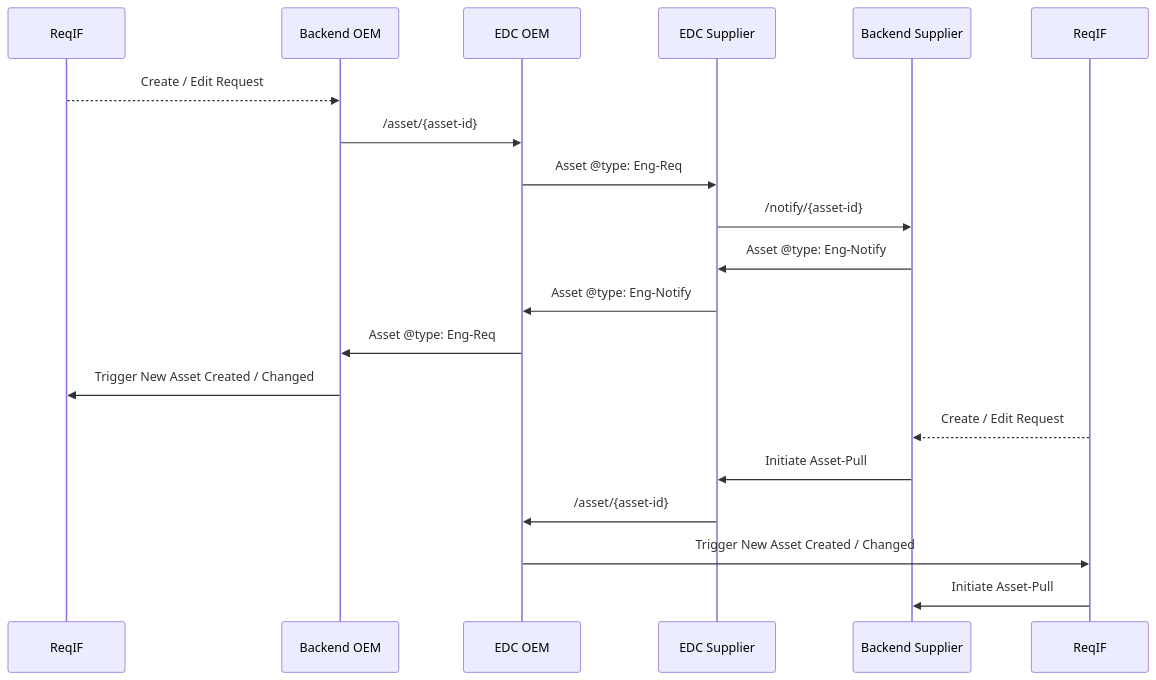
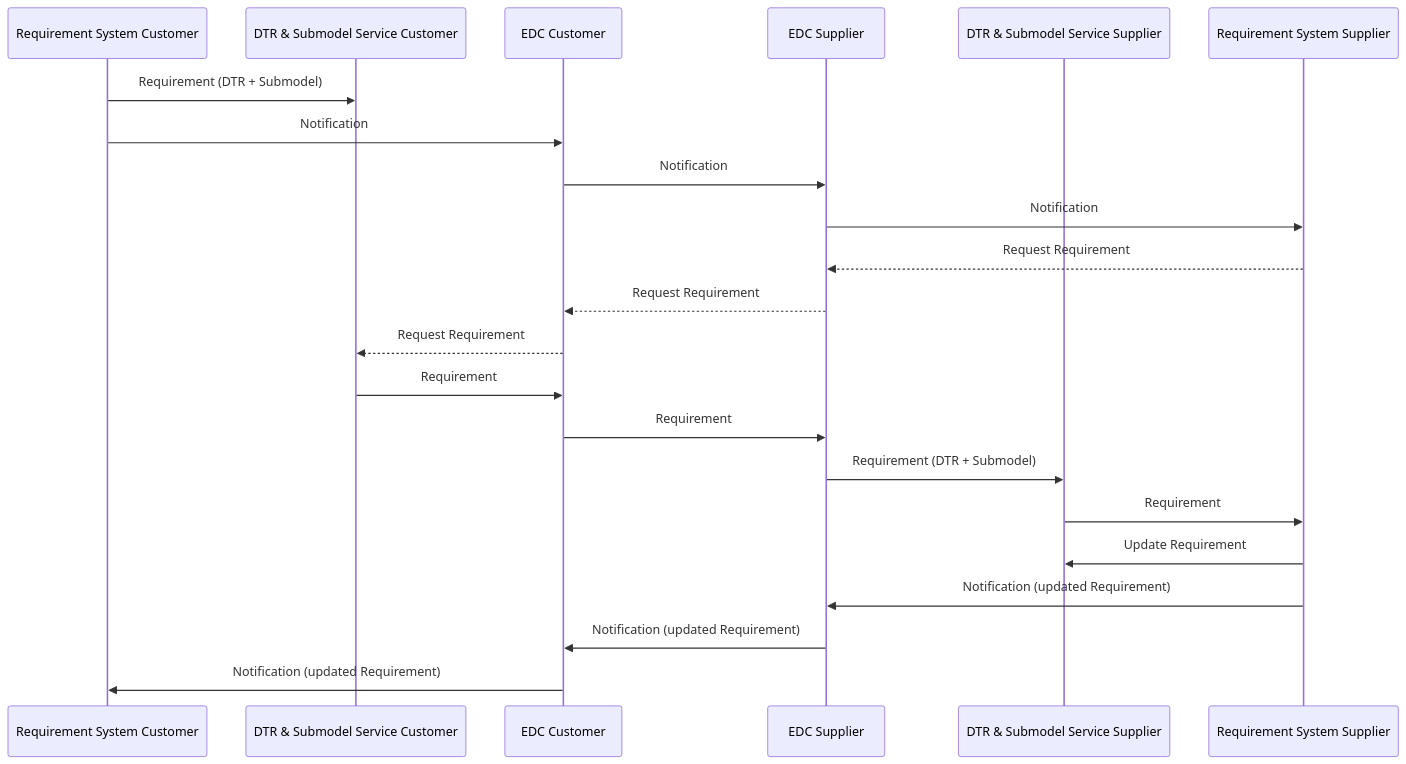
One commit to eclipse-tractusx/eclipse-tractusx.github.io changed the second of 2 diagrams in docs-kits/kits/requirements-kit/software-development-view.md. Above: the diagram before and after it, drawn with Mermaid. The commit also changed other lines of this file, not shown here.

Commit message:
Enhance software development view documentation with detailed architecture, component interactions, and requirement exchange sequence

````diff
--- a/docs-kits/kits/requirements-kit/software-development-view.md
+++ b/docs-kits/kits/requirements-kit/software-development-view.md
@@ -12,26 +82,35 @@
 ```mermaid
 
 sequenceDiagram
-    participant ReqIF1 as ReqIF
-    participant BackendOEM as Backend OEM
-    participant EDCOEM as EDC OEM
-    participant EDCSupplier as EDC Supplier
-    participant BackendSupplier as Backend Supplier
-    participant ReqIF2 as ReqIF
+    participant oemReqSys as Requirement System Customer
+    participant oemDtr as DTR & Submodel Service Customer
+    participant oemEDC as EDC Customer
 
-    ReqIF1-->>BackendOEM: Create / Edit Request
-    BackendOEM->>EDCOEM: /asset/{asset-id}
-    EDCOEM->>EDCSupplier: Asset @type: Eng-Req
-    EDCSupplier->>BackendSupplier: /notify/{asset-id}
-    BackendSupplier->>EDCSupplier: Asset @type: Eng-Notify
-    EDCSupplier->>EDCOEM: Asset @type: Eng-Notify
-    EDCOEM->>BackendOEM: Asset @type: Eng-Req
-    BackendOEM->>ReqIF1: Trigger New Asset Created / Changed
+    participant supEDC as EDC Supplier
+    participant supDtr as DTR & Submodel Service Supplier
+    participant supReqSys as Requirement System Supplier
 
-    ReqIF2-->>BackendSupplier: Create / Edit Request
-    BackendSupplier->>EDCSupplier: Initiate Asset-Pull
-    EDCSupplier->>EDCOEM: /asset/{asset-id}
-    EDCOEM->>ReqIF2: Trigger New Asset Created / Changed
-    ReqIF2->>BackendSupplier: Initiate Asset-Pull
+    oemReqSys->>oemDtr: Requirement (DTR + Submodel)
+    oemReqSys->>oemEDC: Notification
+    oemEDC->>supEDC: Notification
+    supEDC->>supReqSys: Notification
+    supReqSys-->>supEDC: Request Requirement
+
+
+    supEDC-->>oemEDC: Request Requirement
+    oemEDC-->>oemDtr: Request Requirement
+
+    oemDtr->>oemEDC: Requirement
+
+    oemEDC->>supEDC: Requirement
+    supEDC->>supDtr: Requirement (DTR + Submodel)
+
+    supDtr->>supReqSys: Requirement
+
+    supReqSys->>supDtr: Update Requirement
+    supReqSys->>supEDC: Notification (updated Requirement)
+    supEDC->>oemEDC: Notification (updated Requirement)
+    oemEDC->>oemReqSys: Notification (updated Requirement)
+
 
 ```
````
